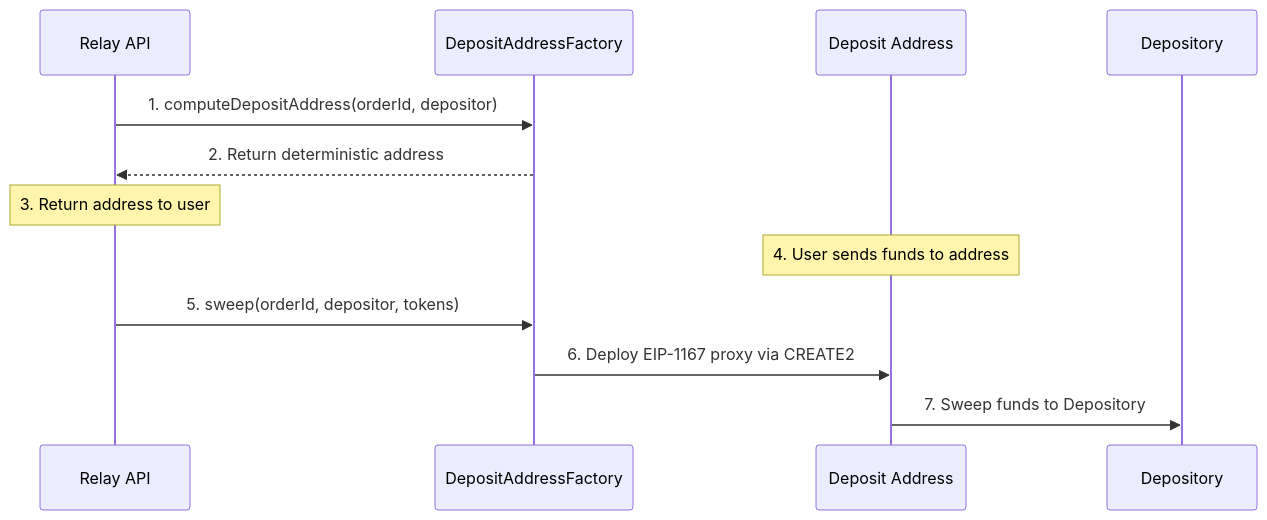
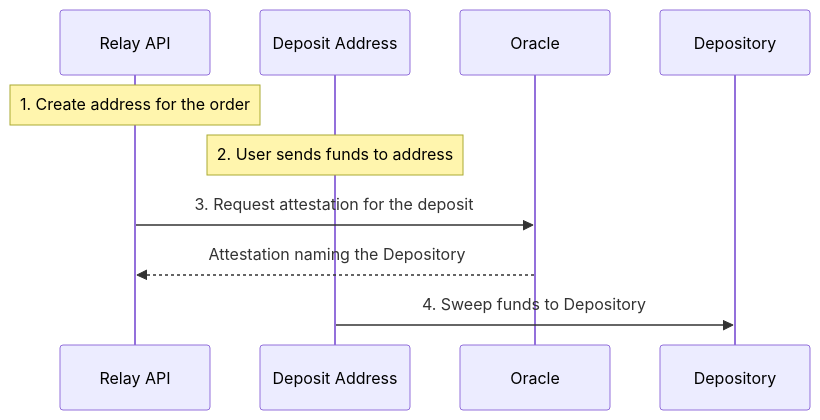
One commit to relayprotocol/relay-docs changed the diagram in references/protocol/components/deposit-addresses.mdx. Above: the diagram before and after it, drawn with Mermaid. The commit also changed other lines of this file and 2 other files, not shown here.

Commit message:
docs(deposit-addresses): update deposit address docs for current behavior (#545)

````diff
--- a/references/protocol/components/deposit-addresses.mdx
+++ b/references/protocol/components/deposit-addresses.mdx
@@ -21,15 +19,13 @@
 ```mermaid
 sequenceDiagram
     participant API as Relay API
-    participant F as DepositAddressFactory
     participant DA as Deposit Address
+    participant O as Oracle
     participant D as Depository
 
-    API->>F: 1. computeDepositAddress(orderId, depositor)
-    F-->>API: 2. Return deterministic address
-    Note over API: 3. Return address to user
-    Note over DA: 4. User sends funds to address
-    API->>F: 5. sweep(orderId, depositor, tokens)
-    F->>DA: 6. Deploy EIP-1167 proxy via CREATE2
-    DA->>D: 7. Sweep funds to Depository
+    Note over API: 1. Create address for the order
+    Note over DA: 2. User sends funds to address
+    API->>O: 3. Request attestation for the deposit
+    O-->>API: Attestation naming the Depository
+    DA->>D: 4. Sweep funds to Depository
 ```
````
